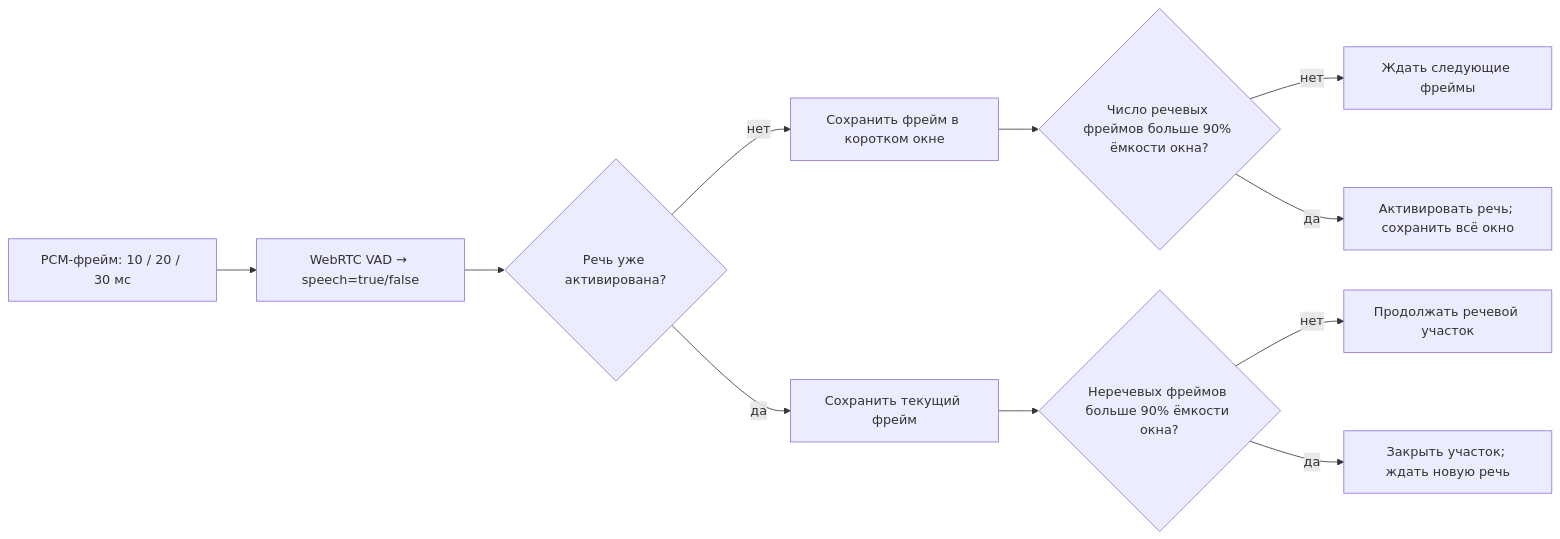
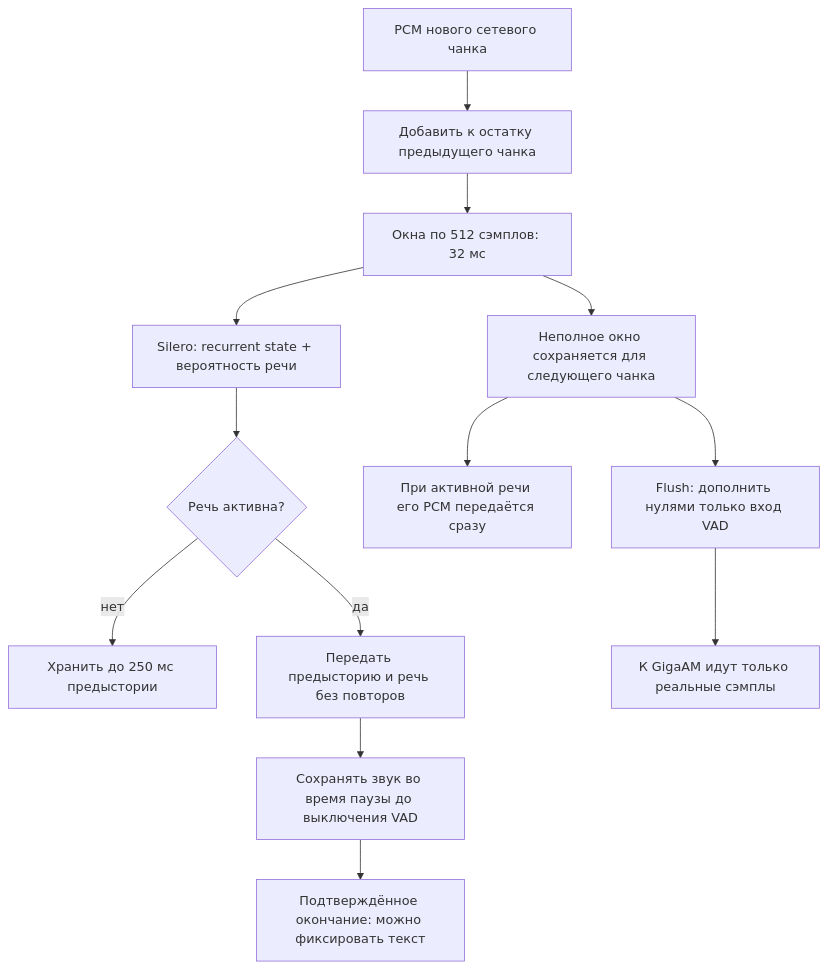
Before and after one commit to Pheodaron/stt: the second of 7 diagrams in docs/audio-pipeline.md, drawn with Mermaid. The commit also changed other lines of this file and 24 other files, not shown here.

Commit message:
Replace WebRTC with stateful Silero VAD and preserve phrase boundaries

````diff
--- a/docs/audio-pipeline.md
+++ b/docs/audio-pipeline.md
@@ -100,13 +102,15 @@
 ```mermaid
-flowchart LR
-    F["PCM-фрейм: 10 / 20 / 30 мс"] --> D["WebRTC VAD → speech=true/false"]
-    D --> S{"Речь уже активирована?"}
-    S -->|"нет"| W["Сохранить фрейм в коротком окне"]
-    W --> A{"Число речевых фреймов больше 90% ёмкости окна?"}
-    A -->|"нет"| N["Ждать следующие фреймы"]
-    A -->|"да"| ON["Активировать речь; сохранить всё окно"]
-    S -->|"да"| K["Сохранить текущий фрейм"]
-    K --> OFF{"Неречевых фреймов больше 90% ёмкости окна?"}
-    OFF -->|"нет"| CONT["Продолжать речевой участок"]
-    OFF -->|"да"| STOP["Закрыть участок; ждать новую речь"]
+flowchart TB
+    A["PCM нового сетевого чанка"] --> B["Добавить к остатку предыдущего чанка"]
+    B --> C["Окна по 512 сэмплов: 32 мс"]
+    C --> D["Silero: recurrent state + вероятность речи"]
+    D --> E{"Речь активна?"}
+    E -->|"нет"| F["Хранить до 250 мс предыстории"]
+    E -->|"да"| G["Передать предысторию и речь без повторов"]
+    G --> H["Сохранять звук во время паузы до выключения VAD"]
+    H --> I["Подтверждённое окончание: можно фиксировать текст"]
+    C --> J["Неполное окно сохраняется для следующего чанка"]
+    J --> K["При активной речи его PCM передаётся сразу"]
+    J --> L["Flush: дополнить нулями только вход VAD"]
+    L --> M["К GigaAM идут только реальные сэмплы"]
 ```
````
